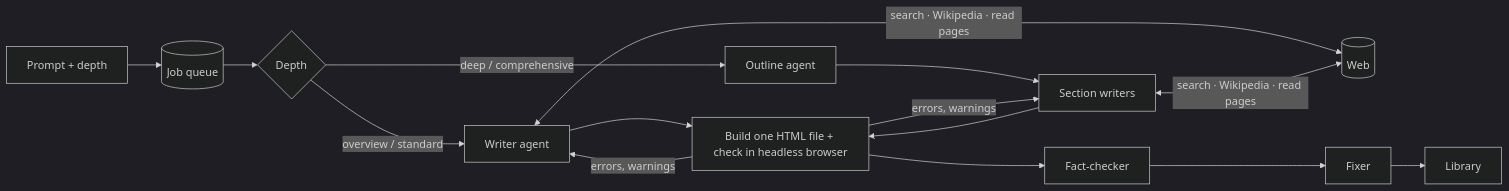
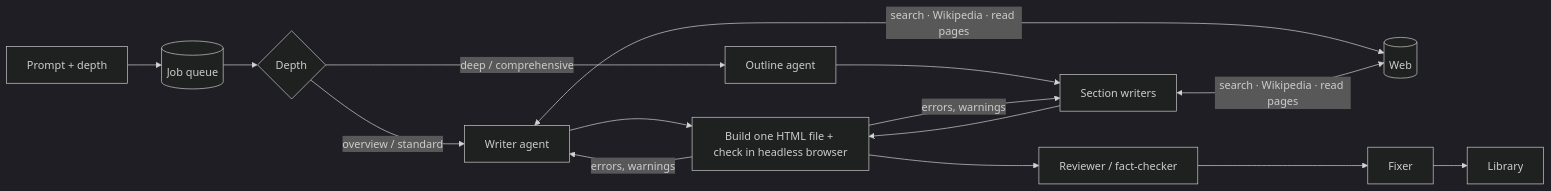
Before and after one commit to Funk66/explainer: the diagram in README.md, drawn with Mermaid (dark theme). The commit also changed other lines of this file and 20 other files, not shown here.

````diff
--- a/README.md
+++ b/README.md
@@ -50,11 +52,11 @@
 ```mermaid
 flowchart LR
   P[Prompt + depth] --> Q[(Job queue)]
   Q --> R{Depth}
   R -->|overview / standard| W[Writer agent]
   R -->|deep / comprehensive| O[Outline agent] --> S[Section writers]
   W & S <-->|search · Wikipedia · read pages| Web[(Web)]
   W & S --> B[Build one HTML file + check in headless browser]
   B -->|errors, warnings| W & S
-  B --> F[Fact-checker] --> X[Fixer] --> D[Library]
+  B --> F[Reviewer / fact-checker] --> X[Fixer] --> D[Library]
 ```
````
